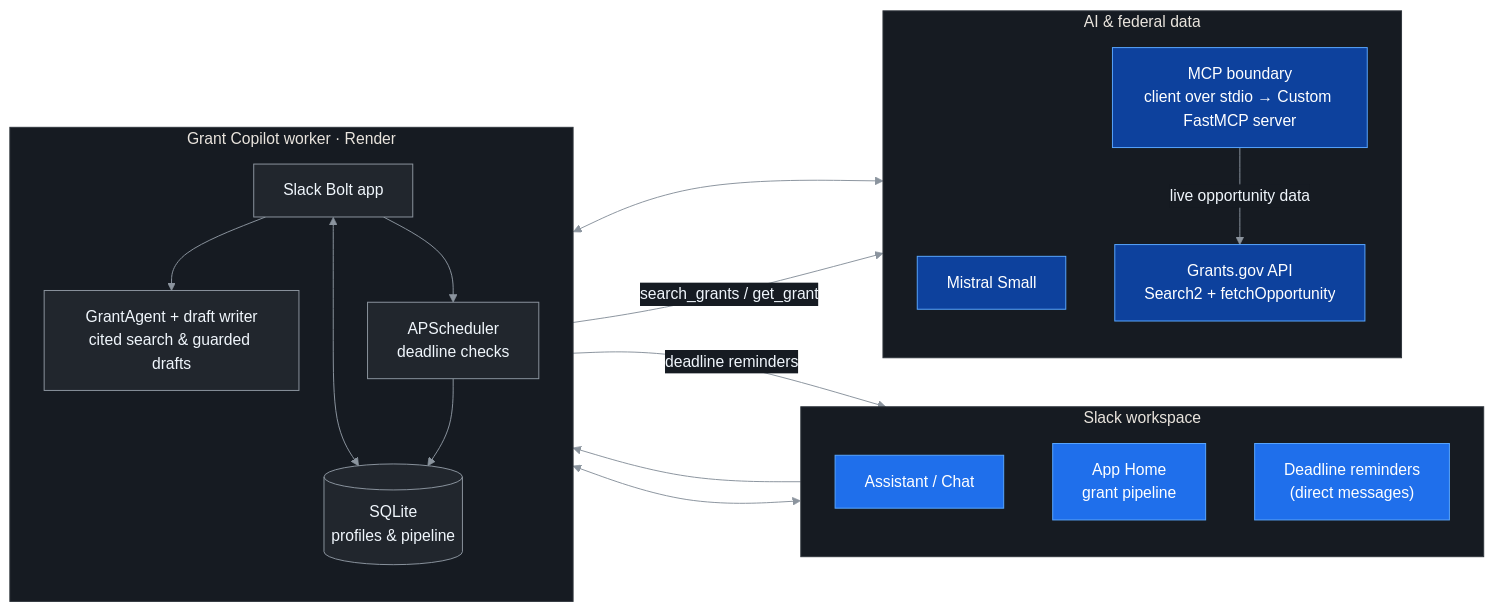
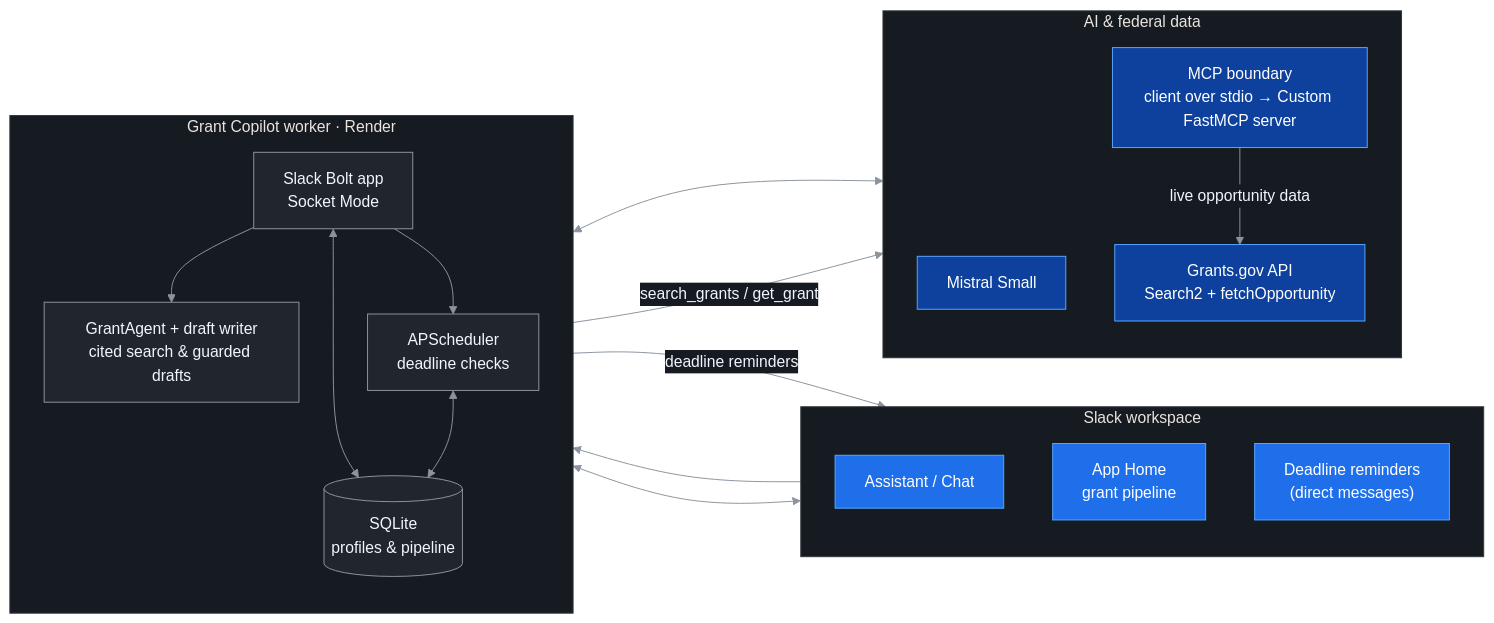
The diagram in README.md (Mounir1200/Grant-Copilot), drawn with Mermaid before and after one commit.

Commit message:
chore: align architecture diagram

````diff
--- a/README.md
+++ b/README.md
@@ -24,43 +24,43 @@
 ```mermaid
 %%{init: {"theme": "base", "themeVariables": {"background": "#0d1117", "primaryColor": "#21262d", "primaryTextColor": "#f0f6fc", "primaryBorderColor": "#58a6ff", "lineColor": "#8b949e", "secondaryColor": "#161b22", "tertiaryColor": "#161b22", "clusterBkg": "#161b22", "clusterBorder": "#30363d", "fontFamily": "Arial"}}}%%
 flowchart LR
     subgraph Slack["Slack workspace"]
         direction TB
         Assistant["Assistant / Chat"]
         Home["App Home<br/>grant pipeline"]
         DMs["Deadline reminders<br/>(direct messages)"]
     end
 
     subgraph Worker["Grant Copilot worker · Render"]
         direction TB
-        Bolt["Slack Bolt app"]
+        Bolt["Slack Bolt app<br/>Socket Mode"]
         Workflow["GrantAgent + draft writer<br/>cited search & guarded drafts"]
         SQLite[("SQLite<br/>profiles & pipeline")]
         Scheduler["APScheduler<br/>deadline checks"]
     end
 
     subgraph Services["AI & federal data"]
         direction TB
         Mistral["Mistral Small"]
         MCP["MCP boundary<br/>client over stdio → Custom FastMCP server"]
         GrantsGov["Grants.gov API<br/>Search2 + fetchOpportunity"]
     end
 
     Assistant --> Bolt
     Home <--> Bolt
     Bolt --> Workflow
     Workflow <--> Mistral
     Workflow -->|"search_grants / get_grant"| MCP
     MCP -->|"live opportunity data"| GrantsGov
     Bolt <--> SQLite
     Bolt --> Scheduler
-    Scheduler --> SQLite
+    Scheduler <--> SQLite
     Scheduler -->|"deadline reminders"| DMs
 
     classDef slack fill:#1f6feb,stroke:#58a6ff,color:#ffffff;
     classDef worker fill:#21262d,stroke:#8b949e,color:#f0f6fc;
     classDef service fill:#0d419d,stroke:#58a6ff,color:#ffffff;
     class Assistant,Home,DMs slack;
     class Bolt,Workflow,SQLite,Scheduler worker;
     class Mistral,MCP,GrantsGov service;
 ```
````
